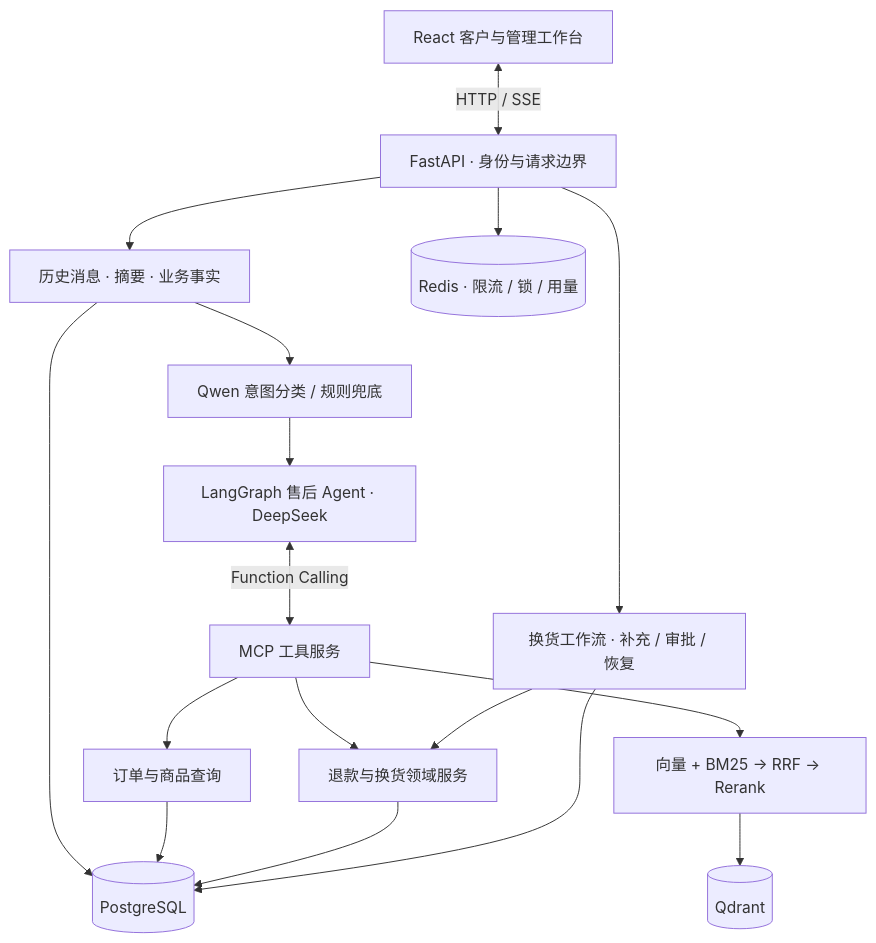
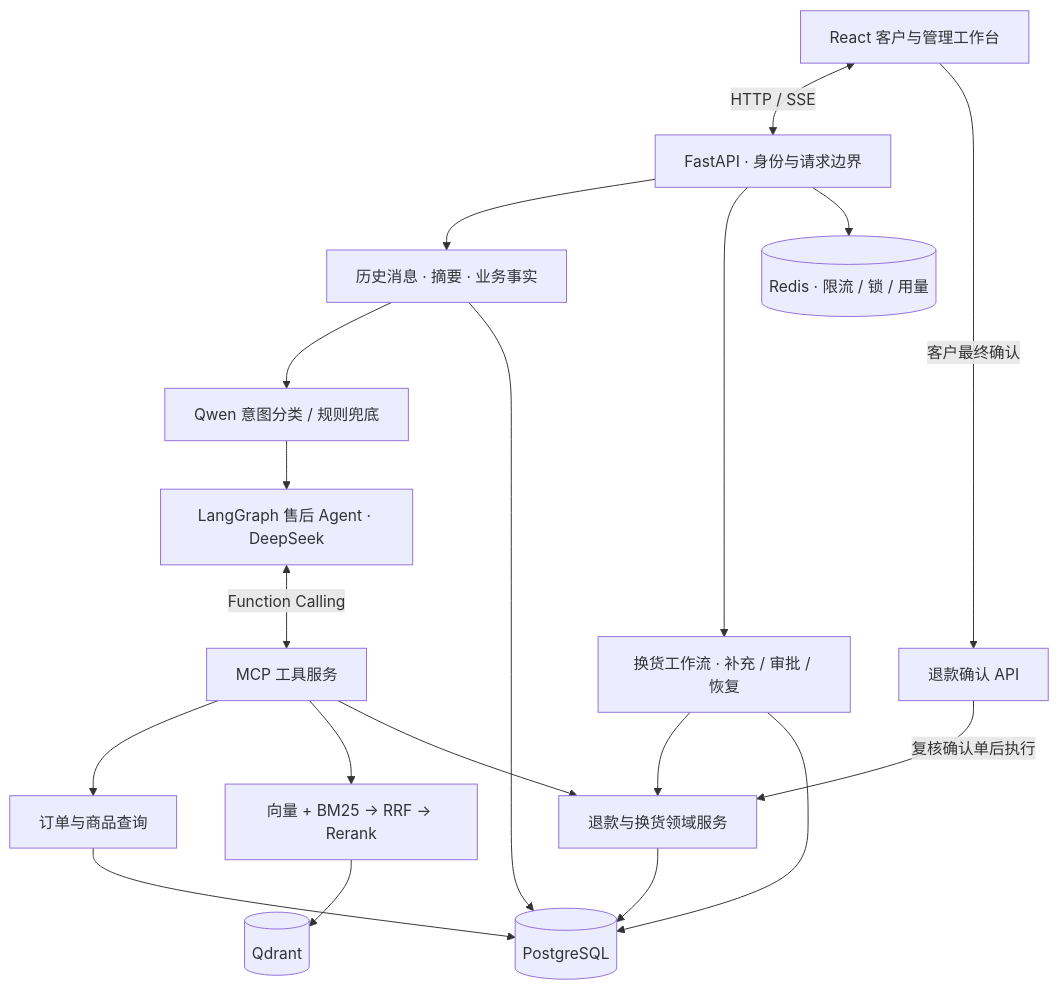
The diagram in README.md (shuijiushikun/Aster), drawn with Mermaid before and after one commit. The commit also changed other lines of this file and 51 other files, not shown here.

````diff
--- a/README.md
+++ b/README.md
@@ -37,19 +42,21 @@
 ```mermaid
 flowchart TD
     UI[React 客户与管理工作台] <-->|HTTP / SSE| API[FastAPI · 身份与请求边界]
     API --> Context[历史消息 · 摘要 · 业务事实]
     Context --> Classifier[Qwen 意图分类 / 规则兜底]
     Classifier --> Agent[LangGraph 售后 Agent · DeepSeek]
     Agent <-->|Function Calling| MCP[MCP 工具服务]
     MCP --> Read[订单与商品查询]
     MCP --> RAG[向量 + BM25 → RRF → Rerank]
     MCP --> Business[退款与换货领域服务]
+    UI -->|客户最终确认| RefundAPI[退款确认 API]
+    RefundAPI -->|复核确认单后执行| Business
     API --> Workflow[换货工作流 · 补充 / 审批 / 恢复]
     Workflow --> Business
     Context --> PG[(PostgreSQL)]
     Read --> PG
     Business --> PG
     Workflow --> PG
     RAG --> Qdrant[(Qdrant)]
     API --> Redis[(Redis · 限流 / 锁 / 用量)]
 ```
````
